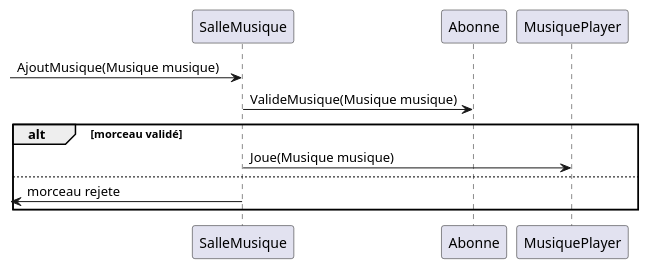
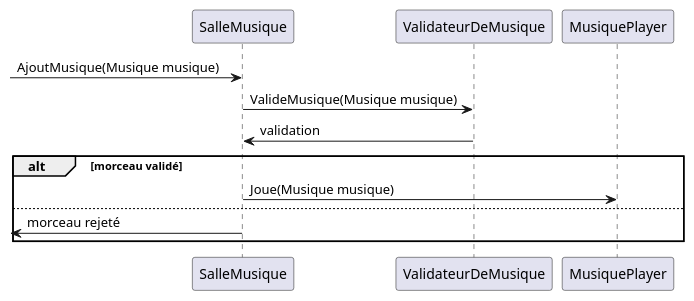
Before and after one commit to thomasGuibert/Cours-Design: the diagram in ShareMusicProject/sequence.plantuml, drawn with PlantUML. The commit also changed 10 other files, not shown here.

```diff
--- a/ShareMusicProject/sequence.plantuml
+++ b/ShareMusicProject/sequence.plantuml
@@ -1,11 +1,12 @@
 @startuml sequence
 
 -> SalleMusique : AjoutMusique(Musique musique)
-SalleMusique -> Abonne : ValideMusique(Musique musique)
+SalleMusique -> ValidateurDeMusique : ValideMusique(Musique musique)
+SalleMusique <- ValidateurDeMusique : validation
 alt morceau validé
     SalleMusique -> MusiquePlayer : Joue(Musique musique)
 else
-<- SalleMusique: morceau rejete
+<- SalleMusique: morceau rejeté
 end
 
 @enduml
```
